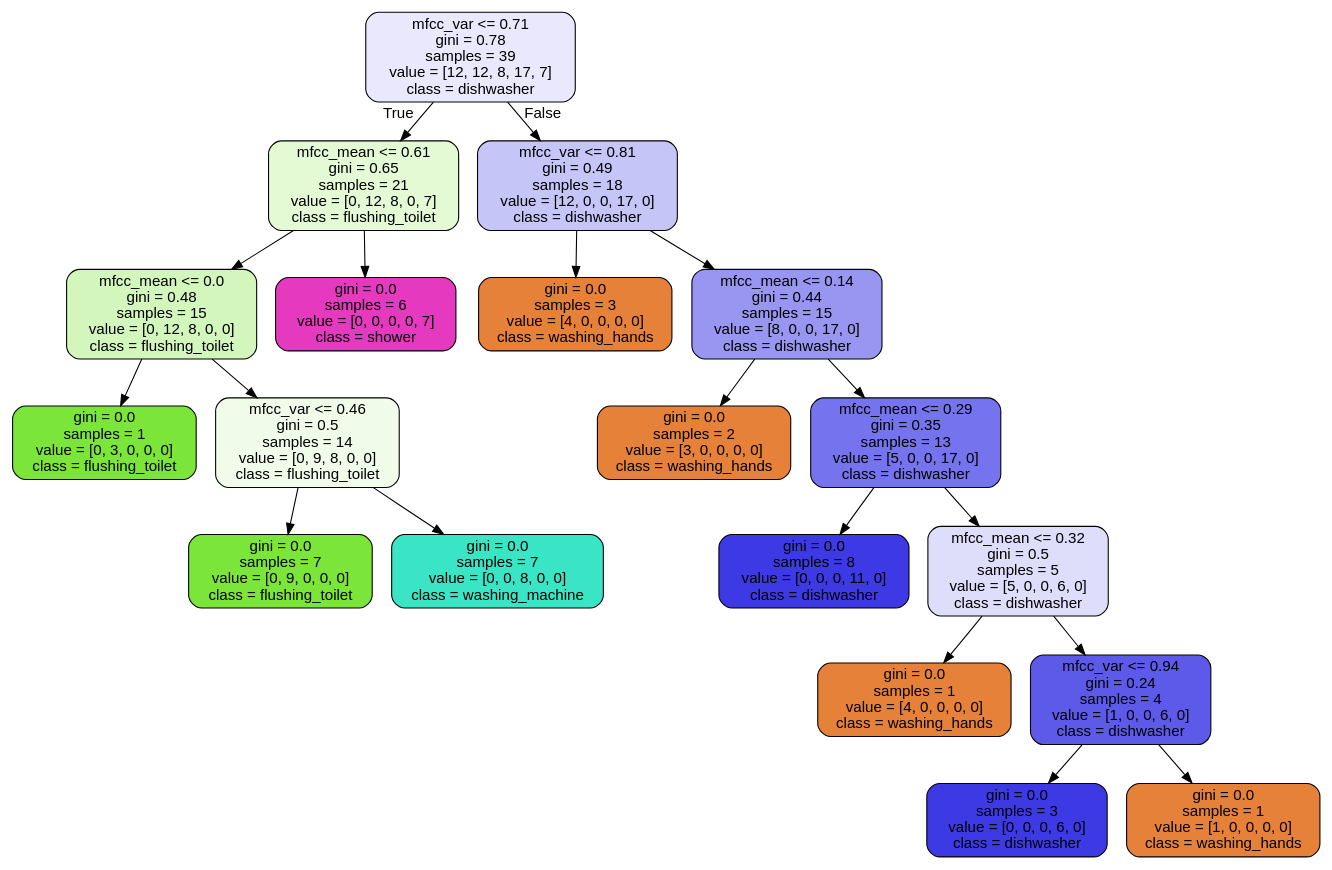
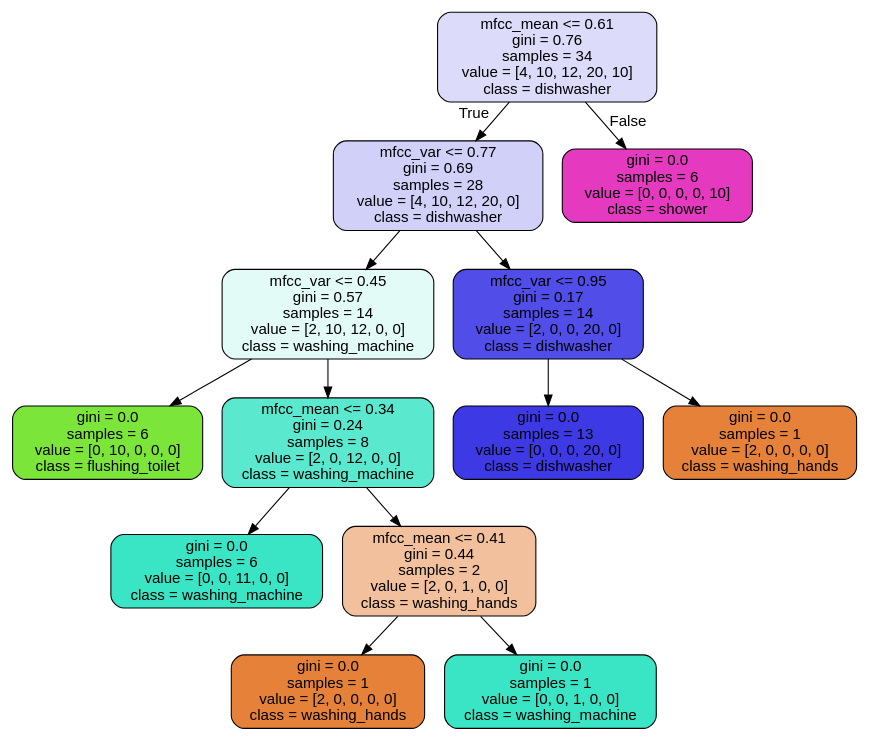
One commit to fritzschack/thesis changed the diagram in files/tree.dot. Above: the diagram before and after it, drawn with Graphviz. The commit also changed 3 other files, not shown here.

```diff
--- a/files/tree.dot
+++ b/files/tree.dot
@@ -1,41 +1,29 @@
 digraph Tree {
 node [shape=box, style="filled, rounded", color="black", fontname="helvetica"] ;
 edge [fontname="helvetica"] ;
-0 [label="mfcc_var <= 0.71\ngini = 0.78\nsamples = 39\nvalue = [12, 12, 8, 17, 7]\nclass = dishwasher", fillcolor="#e9e8fc"] ;
-1 [label="mfcc_mean <= 0.61\ngini = 0.65\nsamples = 21\nvalue = [0, 12, 8, 0, 7]\nclass = flushing_toilet", fillcolor="#e3fad5"] ;
+0 [label="mfcc_mean <= 0.61\ngini = 0.76\nsamples = 34\nvalue = [4, 10, 12, 20, 10]\nclass = dishwasher", fillcolor="#dcdbfa"] ;
+1 [label="mfcc_var <= 0.77\ngini = 0.69\nsamples = 28\nvalue = [4, 10, 12, 20, 0]\nclass = dishwasher", fillcolor="#d1d0f9"] ;
 0 -> 1 [labeldistance=2.5, labelangle=45, headlabel="True"] ;
-2 [label="mfcc_mean <= 0.0\ngini = 0.48\nsamples = 15\nvalue = [0, 12, 8, 0, 0]\nclass = flushing_toilet", fillcolor="#d3f6bd"] ;
+2 [label="mfcc_var <= 0.45\ngini = 0.57\nsamples = 14\nvalue = [2, 10, 12, 0, 0]\nclass = washing_machine", fillcolor="#e3fbf7"] ;
 1 -> 2 ;
-3 [label="gini = 0.0\nsamples = 1\nvalue = [0, 3, 0, 0, 0]\nclass = flushing_toilet", fillcolor="#7be539"] ;
+3 [label="gini = 0.0\nsamples = 6\nvalue = [0, 10, 0, 0, 0]\nclass = flushing_toilet", fillcolor="#7be539"] ;
 2 -> 3 ;
-4 [label="mfcc_var <= 0.46\ngini = 0.5\nsamples = 14\nvalue = [0, 9, 8, 0, 0]\nclass = flushing_toilet", fillcolor="#f0fce9"] ;
+4 [label="mfcc_mean <= 0.34\ngini = 0.24\nsamples = 8\nvalue = [2, 0, 12, 0, 0]\nclass = washing_machine", fillcolor="#5ae9cf"] ;
 2 -> 4 ;
-5 [label="gini = 0.0\nsamples = 7\nvalue = [0, 9, 0, 0, 0]\nclass = flushing_toilet", fillcolor="#7be539"] ;
+5 [label="gini = 0.0\nsamples = 6\nvalue = [0, 0, 11, 0, 0]\nclass = washing_machine", fillcolor="#39e5c5"] ;
 4 -> 5 ;
-6 [label="gini = 0.0\nsamples = 7\nvalue = [0, 0, 8, 0, 0]\nclass = washing_machine", fillcolor="#39e5c5"] ;
+6 [label="mfcc_mean <= 0.41\ngini = 0.44\nsamples = 2\nvalue = [2, 0, 1, 0, 0]\nclass = washing_hands", fillcolor="#f2c09c"] ;
 4 -> 6 ;
-7 [label="gini = 0.0\nsamples = 6\nvalue = [0, 0, 0, 0, 7]\nclass = shower", fillcolor="#e539c0"] ;
-1 -> 7 ;
-8 [label="mfcc_var <= 0.81\ngini = 0.49\nsamples = 18\nvalue = [12, 0, 0, 17, 0]\nclass = dishwasher", fillcolor="#c6c5f7"] ;
-0 -> 8 [labeldistance=2.5, labelangle=-45, headlabel="False"] ;
-9 [label="gini = 0.0\nsamples = 3\nvalue = [4, 0, 0, 0, 0]\nclass = washing_hands", fillcolor="#e58139"] ;
-8 -> 9 ;
-10 [label="mfcc_mean <= 0.14\ngini = 0.44\nsamples = 15\nvalue = [8, 0, 0, 17, 0]\nclass = dishwasher", fillcolor="#9896f1"] ;
-8 -> 10 ;
-11 [label="gini = 0.0\nsamples = 2\nvalue = [3, 0, 0, 0, 0]\nclass = washing_hands", fillcolor="#e58139"] ;
-10 -> 11 ;
-12 [label="mfcc_mean <= 0.29\ngini = 0.35\nsamples = 13\nvalue = [5, 0, 0, 17, 0]\nclass = dishwasher", fillcolor="#7573ed"] ;
-10 -> 12 ;
-13 [label="gini = 0.0\nsamples = 8\nvalue = [0, 0, 0, 11, 0]\nclass = dishwasher", fillcolor="#3c39e5"] ;
-12 -> 13 ;
-14 [label="mfcc_mean <= 0.32\ngini = 0.5\nsamples = 5\nvalue = [5, 0, 0, 6, 0]\nclass = dishwasher", fillcolor="#dedefb"] ;
-12 -> 14 ;
-15 [label="gini = 0.0\nsamples = 1\nvalue = [4, 0, 0, 0, 0]\nclass = washing_hands", fillcolor="#e58139"] ;
-14 -> 15 ;
-16 [label="mfcc_var <= 0.94\ngini = 0.24\nsamples = 4\nvalue = [1, 0, 0, 6, 0]\nclass = dishwasher", fillcolor="#5d5ae9"] ;
-14 -> 16 ;
-17 [label="gini = 0.0\nsamples = 3\nvalue = [0, 0, 0, 6, 0]\nclass = dishwasher", fillcolor="#3c39e5"] ;
-16 -> 17 ;
-18 [label="gini = 0.0\nsamples = 1\nvalue = [1, 0, 0, 0, 0]\nclass = washing_hands", fillcolor="#e58139"] ;
-16 -> 18 ;
+7 [label="gini = 0.0\nsamples = 1\nvalue = [2, 0, 0, 0, 0]\nclass = washing_hands", fillcolor="#e58139"] ;
+6 -> 7 ;
+8 [label="gini = 0.0\nsamples = 1\nvalue = [0, 0, 1, 0, 0]\nclass = washing_machine", fillcolor="#39e5c5"] ;
+6 -> 8 ;
+9 [label="mfcc_var <= 0.95\ngini = 0.17\nsamples = 14\nvalue = [2, 0, 0, 20, 0]\nclass = dishwasher", fillcolor="#504de8"] ;
+1 -> 9 ;
+10 [label="gini = 0.0\nsamples = 13\nvalue = [0, 0, 0, 20, 0]\nclass = dishwasher", fillcolor="#3c39e5"] ;
+9 -> 10 ;
+11 [label="gini = 0.0\nsamples = 1\nvalue = [2, 0, 0, 0, 0]\nclass = washing_hands", fillcolor="#e58139"] ;
+9 -> 11 ;
+12 [label="gini = 0.0\nsamples = 6\nvalue = [0, 0, 0, 0, 10]\nclass = shower", fillcolor="#e539c0"] ;
+0 -> 12 [labeldistance=2.5, labelangle=-45, headlabel="False"] ;
 }
```
